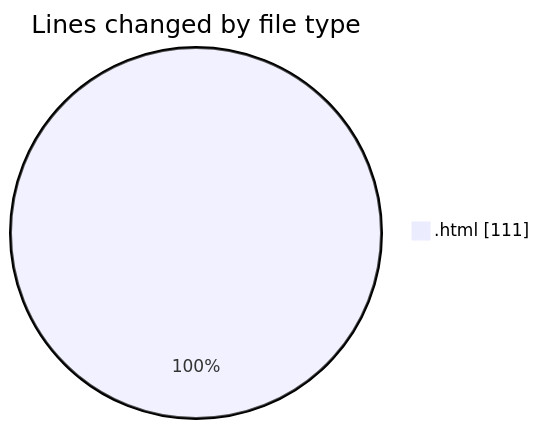
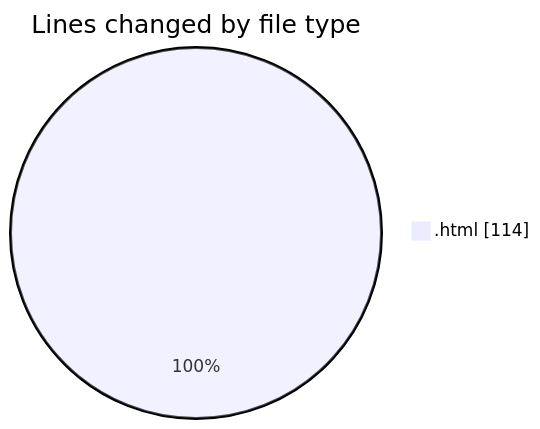
The first of 2 diagrams in 2025-01-07/nueva_carpeta/README.md (LanceThiago/code-tracking), drawn with Mermaid before and after one commit. The commit also changed other lines of this file and 1 other file, not shown here.

````diff
--- a/2025-01-07/nueva_carpeta/README.md
+++ b/2025-01-07/nueva_carpeta/README.md
@@ -20,5 +20,5 @@
 ```mermaid
 pie showData
 title Lines changed by file type
-".html" : 111
+".html" : 114
 ```
````
